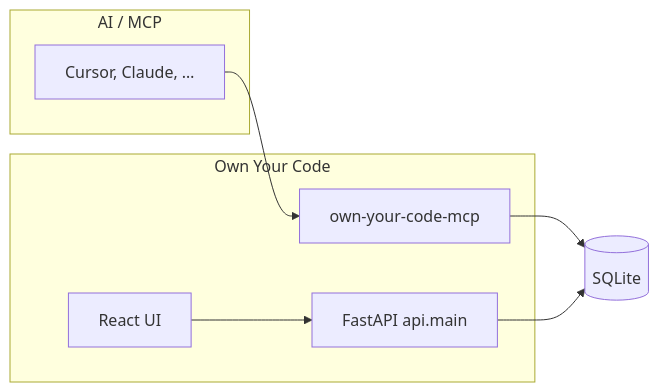
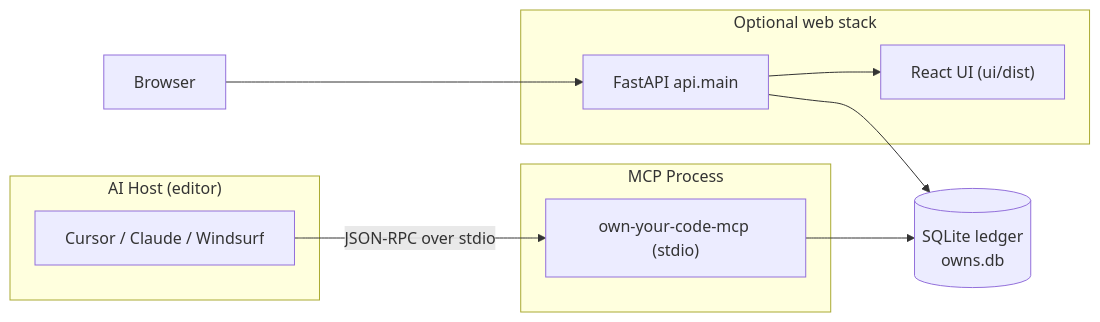
One commit to khirodsahoo93/mcp-own-your-code changed the diagram in README.md. Above: the diagram before and after it, drawn with Mermaid. The commit also changed other lines of this file and 7 other files, not shown here.

````diff
--- a/README.md
+++ b/README.md
@@ -96,16 +94,20 @@
 ```mermaid
 flowchart LR
-  subgraph agents["AI / MCP"]
-    Host[Cursor, Claude, …]
+  subgraph ai["AI Host (editor)"]
+    Cursor["Cursor / Claude / Windsurf"]
   end
-  subgraph oyc["Own Your Code"]
-    MCP[own-your-code-mcp]
-    API[FastAPI api.main]
-    UI[React UI]
+  subgraph mcp["MCP Process"]
+    Srv["own-your-code-mcp (stdio)"]
   end
-  DB[(SQLite)]
-  Host --> MCP
-  MCP --> DB
-  UI --> API
+  subgraph web["Optional web stack"]
+    API["FastAPI api.main"]
+    UI["React UI (ui/dist)"]
+  end
+  DB[(SQLite ledger<br/>owns.db)]
+
+  Cursor -->|"JSON-RPC over stdio"| Srv
+  Srv --> DB
+  Browser --> API
   API --> DB
+  API --> UI
 ```
````
